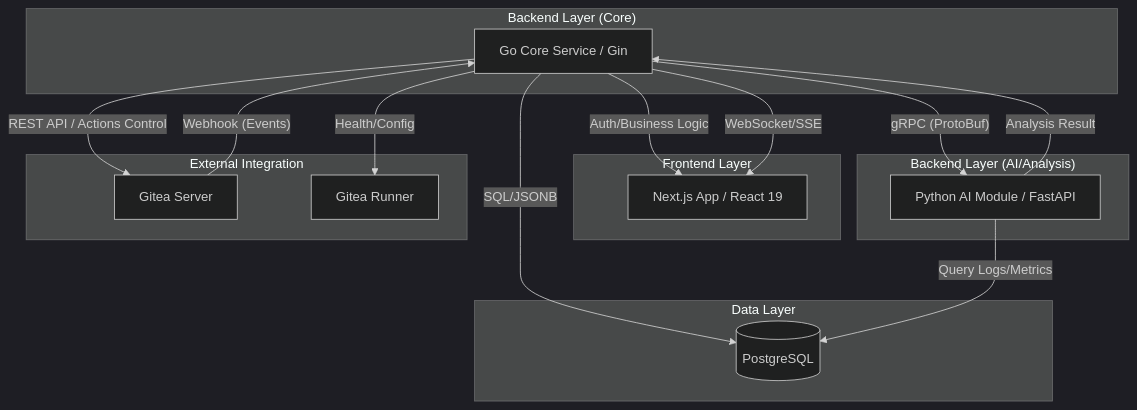
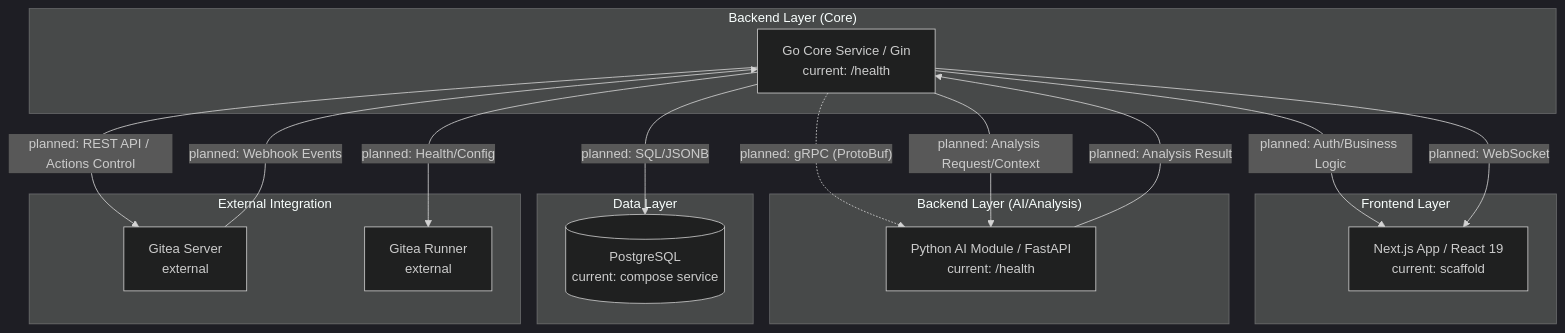
One commit to ykylee/Devhub_example changed the diagram in docs/architecture.md. Above: the diagram before and after it, drawn with Mermaid (dark theme). The commit also changed other lines of this file and 13 other files, not shown here.

````diff
--- a/docs/architecture.md
+++ b/docs/architecture.md
@@ -12,32 +17,32 @@
 ```mermaid
 graph TD
     subgraph "Frontend Layer"
-        NextJS[Next.js App / React 19]
+        NextJS[Next.js App / React 19<br/>current: scaffold]
     end
 
     subgraph "Backend Layer (Core)"
-        GoCore[Go Core Service / Gin]
-        GoCore -- "Auth/Business Logic" --> NextJS
-        GoCore -- "WebSocket/SSE" --> NextJS
+        GoCore[Go Core Service / Gin<br/>current: /health]
+        GoCore -- "planned: Auth/Business Logic" --> NextJS
+        GoCore -- "planned: WebSocket" --> NextJS
     end
 
     subgraph "Backend Layer (AI/Analysis)"
-        PyAI[Python AI Module / FastAPI]
-        GoCore -- "gRPC (ProtoBuf)" --> PyAI
-        PyAI -- "Analysis Result" --> GoCore
+        PyAI[Python AI Module / FastAPI<br/>current: /health]
+        GoCore -. "planned: gRPC (ProtoBuf)" .-> PyAI
+        GoCore -- "planned: Analysis Request/Context" --> PyAI
+        PyAI -- "planned: Analysis Result" --> GoCore
     end
 
     subgraph "Data Layer"
-        PG[(PostgreSQL)]
-        GoCore -- "SQL/JSONB" --> PG
-        PyAI -- "Query Logs/Metrics" --> PG
+        PG[(PostgreSQL<br/>current: compose service)]
+        GoCore -- "planned: SQL/JSONB" --> PG
     end
 
     subgraph "External Integration"
-        Gitea[Gitea Server]
-        Gitea -- "Webhook (Events)" --> GoCore
-        GoCore -- "REST API / Actions Control" --> Gitea
-        GiteaRunner[Gitea Runner]
-        GoCore -- "Health/Config" --> GiteaRunner
+        Gitea[Gitea Server<br/>external]
+        Gitea -- "planned: Webhook Events" --> GoCore
+        GoCore -- "planned: REST API / Actions Control" --> Gitea
+        GiteaRunner[Gitea Runner<br/>external]
+        GoCore -- "planned: Health/Config" --> GiteaRunner
     end
 ```
````
